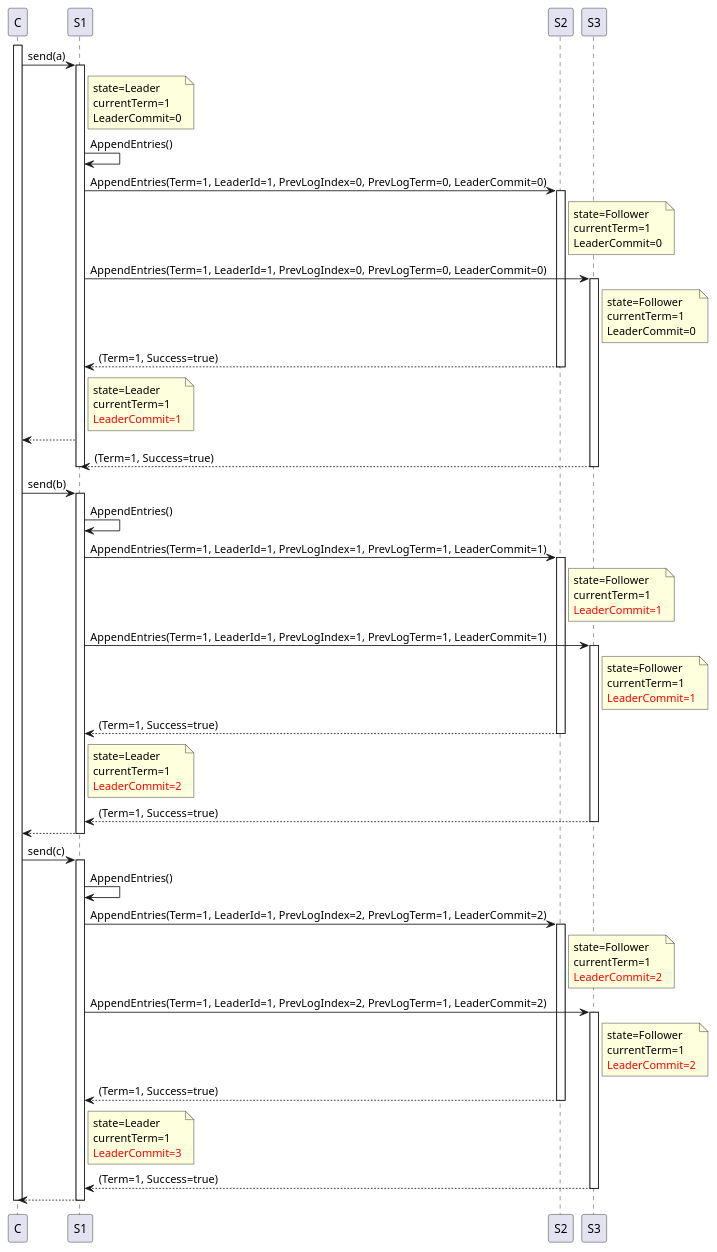
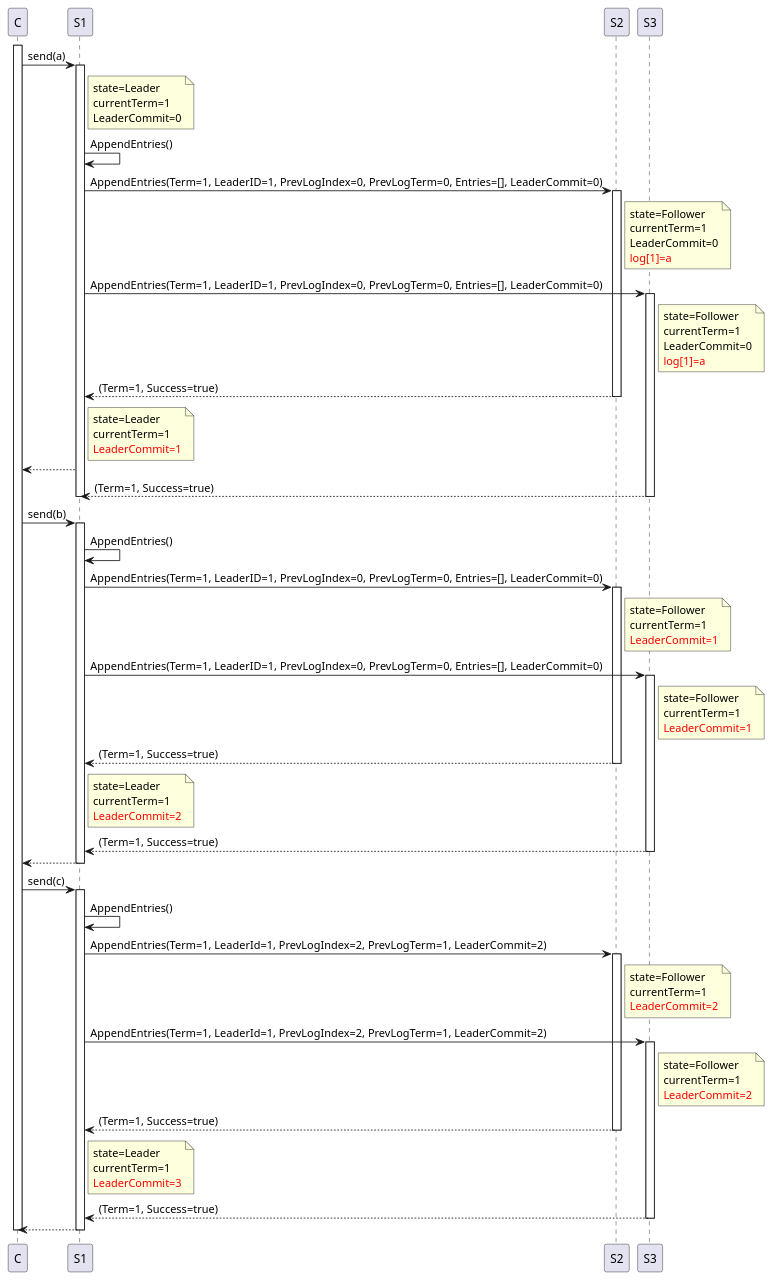
One commit to nocnob/notfound changed the third of 4 diagrams in src/pages/posts/distribution-raft.adoc. Above: the diagram before and after it, drawn with PlantUML. The commit also changed other lines of this file and 1 other file, not shown here.

```diff
--- a/src/pages/posts/distribution-raft.adoc
+++ b/src/pages/posts/distribution-raft.adoc
@@ -95,20 +113,22 @@
 end note
 s1 -> s1 : AppendEntries()
 
-s1 -> s2 : AppendEntries(Term=1, LeaderId=1, PrevLogIndex=0, PrevLogTerm=0, LeaderCommit=0)
+s1 -> s2 : AppendEntries(Term=1, LeaderID=1, PrevLogIndex=0, PrevLogTerm=0, Entries=[], LeaderCommit=0)
 note right s2
     state=Follower
     currentTerm=1
     LeaderCommit=0
+    <font color=red>log[1]=a
 end note
 activate s2
 
-s1 -> s3 : AppendEntries(Term=1, LeaderId=1, PrevLogIndex=0, PrevLogTerm=0, LeaderCommit=0)
+s1 -> s3 : AppendEntries(Term=1, LeaderID=1, PrevLogIndex=0, PrevLogTerm=0, Entries=[], LeaderCommit=0)
 activate s3
 note right s3
     state=Follower
     currentTerm=1
     LeaderCommit=0
+    <font color=red>log[1]=a
 end note
 s1 <-- s2 : (Term=1, Success=true)
 deactivate s2
@@ -127,7 +147,7 @@
 c -> s1 : send(b)
 activate s1
 s1 -> s1 : AppendEntries()
-s1 -> s2 : AppendEntries(Term=1, LeaderId=1, PrevLogIndex=1, PrevLogTerm=1, LeaderCommit=1)
+s1 -> s2 : AppendEntries(Term=1, LeaderID=1, PrevLogIndex=0, PrevLogTerm=0, Entries=[], LeaderCommit=0)
 activate s2
 note right s2
     state=Follower
@@ -135,7 +155,7 @@
     <font color=red>LeaderCommit=1
 end note
 
-s1 -> s3 : AppendEntries(Term=1, LeaderId=1, PrevLogIndex=1, PrevLogTerm=1, LeaderCommit=1)
+s1 -> s3 : AppendEntries(Term=1, LeaderID=1, PrevLogIndex=0, PrevLogTerm=0, Entries=[], LeaderCommit=0)
 activate s3
 note right s3
     state=Follower
```
